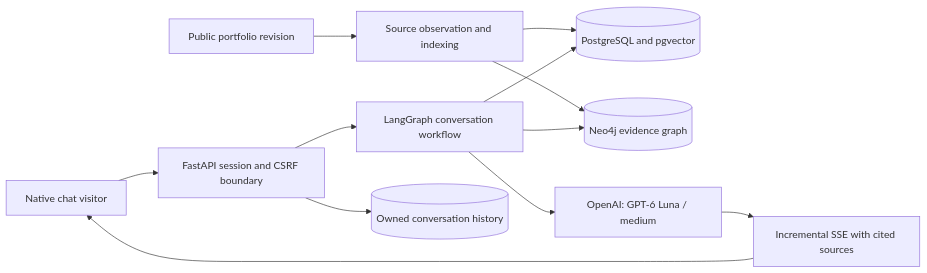
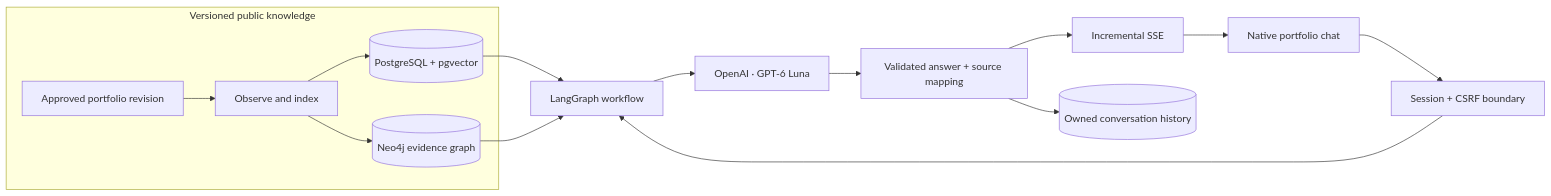
Before and after one commit to gonzalomartinperez/portfolio-assistant-api: the first of 3 diagrams in README.md, drawn with Mermaid. The commit also changed other lines of this file and 9 other files, not shown here.

Commit message:
docs: present assistant architecture and end-to-end visual gallery

````diff
--- a/README.md
+++ b/README.md
@@ -41,14 +84,17 @@
 ```mermaid
 flowchart LR
-    P[Public portfolio revision] --> W[Source observation and indexing]
-    W --> V[(PostgreSQL and pgvector)]
-    W --> G[(Neo4j evidence graph)]
-    U[Native chat visitor] --> H[FastAPI session and CSRF boundary]
-    H --> L[LangGraph conversation workflow]
-    L --> V
-    L --> G
-    L --> O[OpenAI: GPT-6 Luna / medium]
-    O --> S[Incremental SSE with cited sources]
-    S --> U
-    H --> C[(Owned conversation history)]
+    subgraph Knowledge[Versioned public knowledge]
+        P[Approved portfolio revision] --> W[Observe and index]
+        W --> V[(PostgreSQL + pgvector)]
+        W --> G[(Neo4j evidence graph)]
+    end
+    U[Native portfolio chat] --> H[Session + CSRF boundary]
+    H --> L[LangGraph workflow]
+    V --> L
+    G --> L
+    L --> O[OpenAI · GPT-6 Luna]
+    O --> S[Validated answer + source mapping]
+    S --> E[Incremental SSE]
+    E --> U
+    S --> C[(Owned conversation history)]
 ```
````
